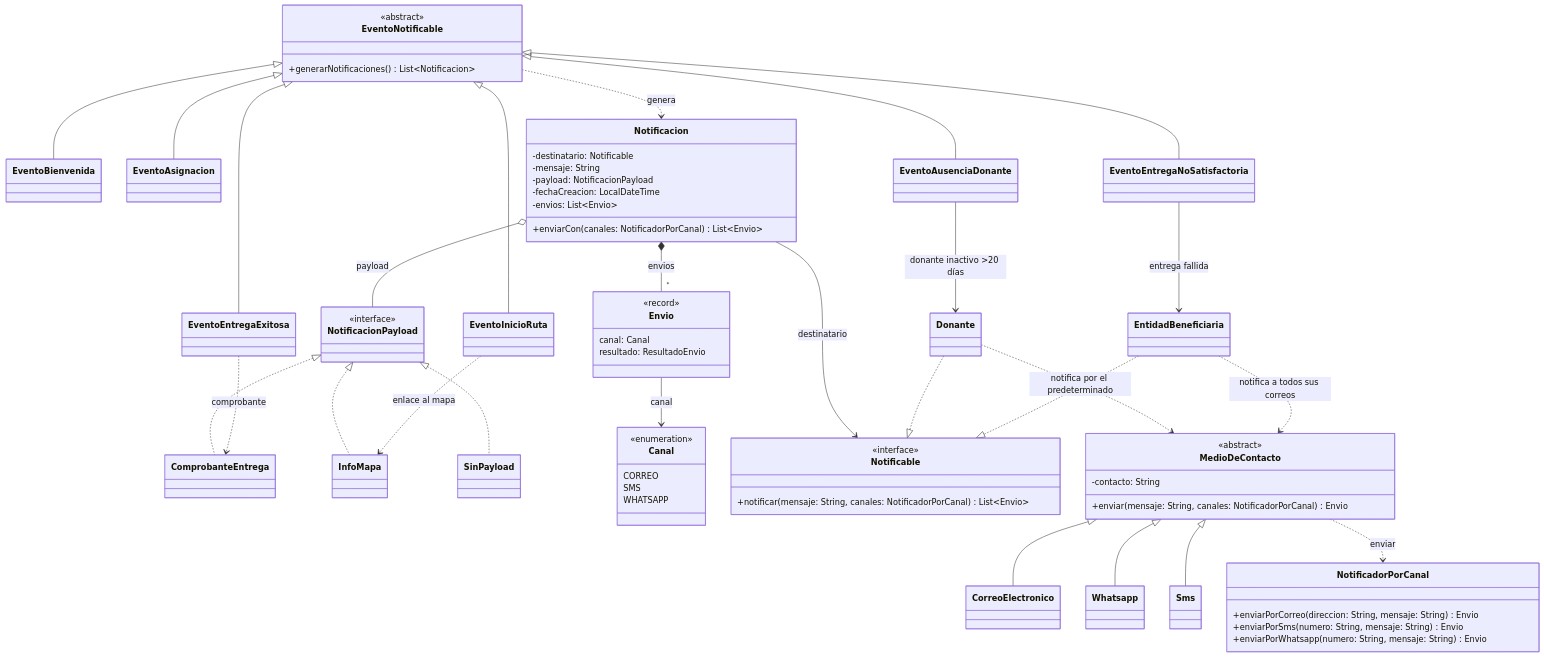
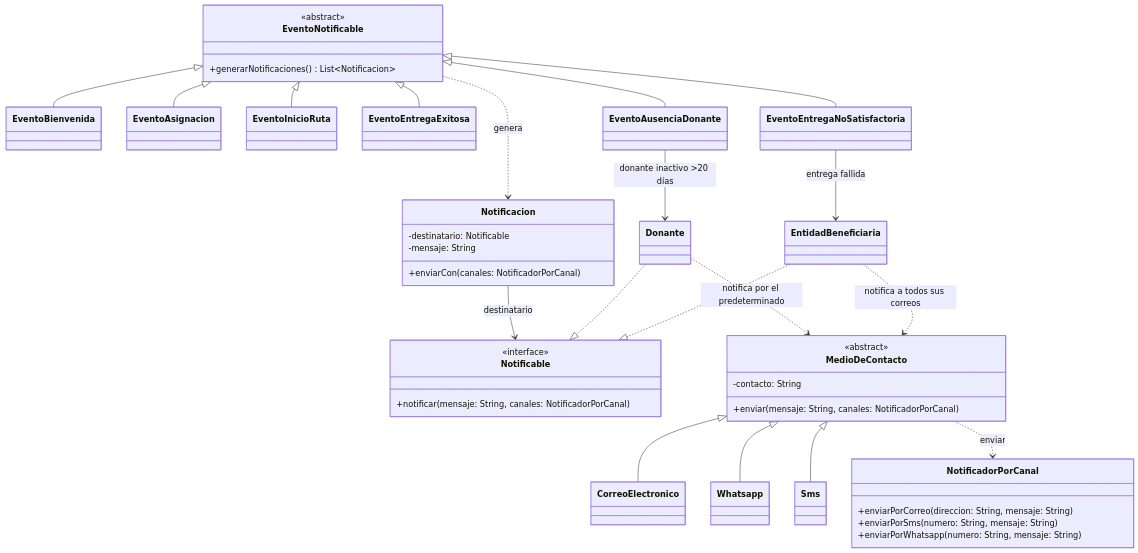
One commit to eonishi/tp-dds-2026-donatrack changed the diagram in docs/diagramas-por-requerimiento/e2-req2-notificaciones-eventos.mermaid. Above: the diagram before and after it, drawn with Mermaid. The commit also changed 38 other files, not shown here.

```diff
--- a/docs/diagramas-por-requerimiento/e2-req2-notificaciones-eventos.mermaid
+++ b/docs/diagramas-por-requerimiento/e2-req2-notificaciones-eventos.mermaid
@@ -1,93 +1,65 @@
 %% ============================================================================
 %% ENTREGA 2 — Requerimiento 2
 %% "El sistema debe garantizar el envío de notificaciones por distintos medios
 %%  ante: inactividad de una persona donante, asignación de donaciones a la
 %%  entidad beneficiaria, inicio de rutas de las entregas y estado de las
 %%  entregas."
-%% Patrón Template Method (EventoNotificable.generarNotificaciones) + payloads.
+%% Patrón Template Method (EventoNotificable.generarNotificaciones).
 %% Fragmento mínimo del dominio involucrado.
 %% ============================================================================
 classDiagram
     direction TB
 
     class EventoNotificable {
         <<abstract>>
         +generarNotificaciones() List~Notificacion~
     }
     class EventoBienvenida
     class EventoAsignacion
     class EventoInicioRuta
     class EventoEntregaExitosa
     class EventoEntregaNoSatisfactoria
     class EventoAusenciaDonante
     class Notificacion {
         -destinatario: Notificable
         -mensaje: String
-        -payload: NotificacionPayload
-        -fechaCreacion: LocalDateTime
-        -envios: List~Envio~
-        +enviarCon(canales: NotificadorPorCanal) List~Envio~
-    }
-    class Envio {
-        <<record>>
-        canal: Canal
-        resultado: ResultadoEnvio
-    }
-    class NotificacionPayload {
-        <<interface>>
-    }
-    class ComprobanteEntrega
-    class InfoMapa
-    class SinPayload
-    class Canal {
-        <<enumeration>>
-        CORREO
-        SMS
-        WHATSAPP
+        +enviarCon(canales: NotificadorPorCanal)
     }
     class Notificable {
         <<interface>>
-        +notificar(mensaje: String, canales: NotificadorPorCanal) List~Envio~
+        +notificar(mensaje: String, canales: NotificadorPorCanal)
     }
     class NotificadorPorCanal {
-        +enviarPorCorreo(direccion: String, mensaje: String) Envio
-        +enviarPorSms(numero: String, mensaje: String) Envio
-        +enviarPorWhatsapp(numero: String, mensaje: String) Envio
+        +enviarPorCorreo(direccion: String, mensaje: String)
+        +enviarPorSms(numero: String, mensaje: String)
+        +enviarPorWhatsapp(numero: String, mensaje: String)
     }
     class Donante
     class EntidadBeneficiaria
     class MedioDeContacto {
         <<abstract>>
         -contacto: String
-        +enviar(mensaje: String, canales: NotificadorPorCanal) Envio
+        +enviar(mensaje: String, canales: NotificadorPorCanal)
     }
     class CorreoElectronico
     class Whatsapp
     class Sms
 
     EventoNotificable <|-- EventoBienvenida
     EventoNotificable <|-- EventoAsignacion
     EventoNotificable <|-- EventoInicioRuta
     EventoNotificable <|-- EventoEntregaExitosa
     EventoNotificable <|-- EventoEntregaNoSatisfactoria
     EventoNotificable <|-- EventoAusenciaDonante
     EventoNotificable ..> Notificacion : genera
     Notificacion --> Notificable : destinatario
-    Notificacion o-- NotificacionPayload : payload
-    Notificacion *-- "*" Envio : envios
-    Envio --> Canal : canal
-    NotificacionPayload <|.. ComprobanteEntrega
-    NotificacionPayload <|.. InfoMapa
-    NotificacionPayload <|.. SinPayload
     Donante ..|> Notificable
     EntidadBeneficiaria ..|> Notificable
     MedioDeContacto <|-- CorreoElectronico
     MedioDeContacto <|-- Whatsapp
     MedioDeContacto <|-- Sms
     Donante ..> MedioDeContacto : notifica por el predeterminado
     EntidadBeneficiaria ..> MedioDeContacto : notifica a todos sus correos
     MedioDeContacto ..> NotificadorPorCanal : enviar
-    EventoInicioRuta ..> InfoMapa : enlace al mapa
-    EventoEntregaExitosa ..> ComprobanteEntrega : comprobante
     EventoAusenciaDonante --> Donante : donante inactivo >20 días
     EventoEntregaNoSatisfactoria --> EntidadBeneficiaria : entrega fallida
```
